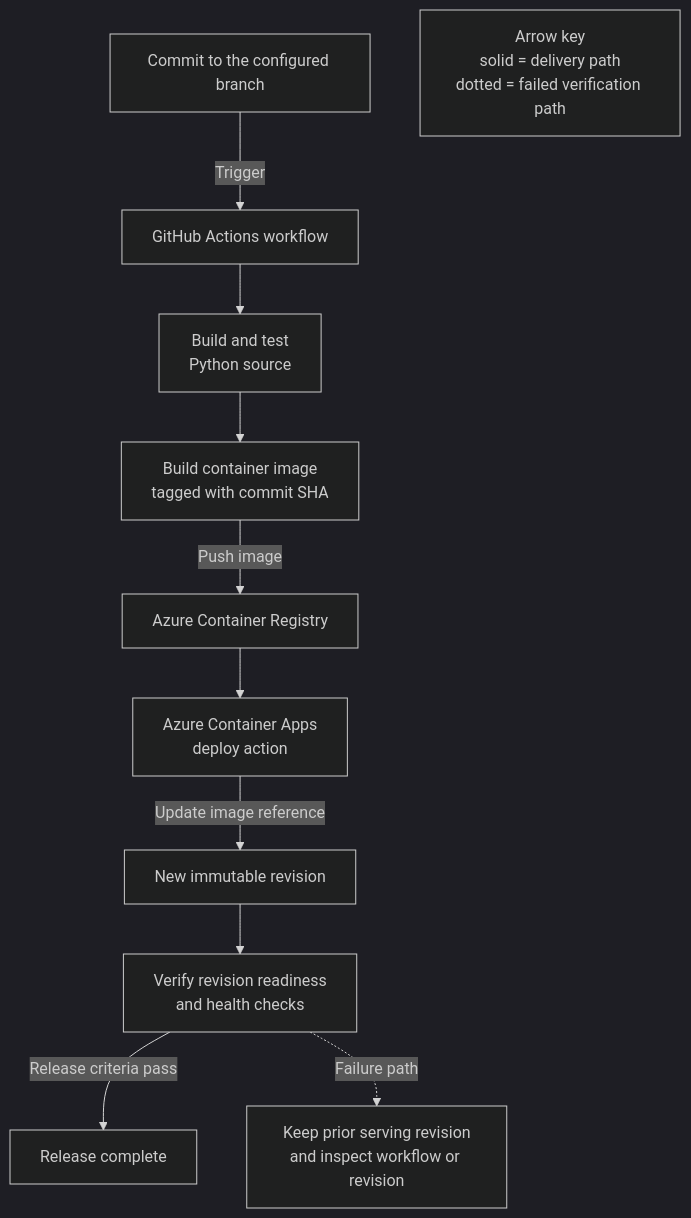
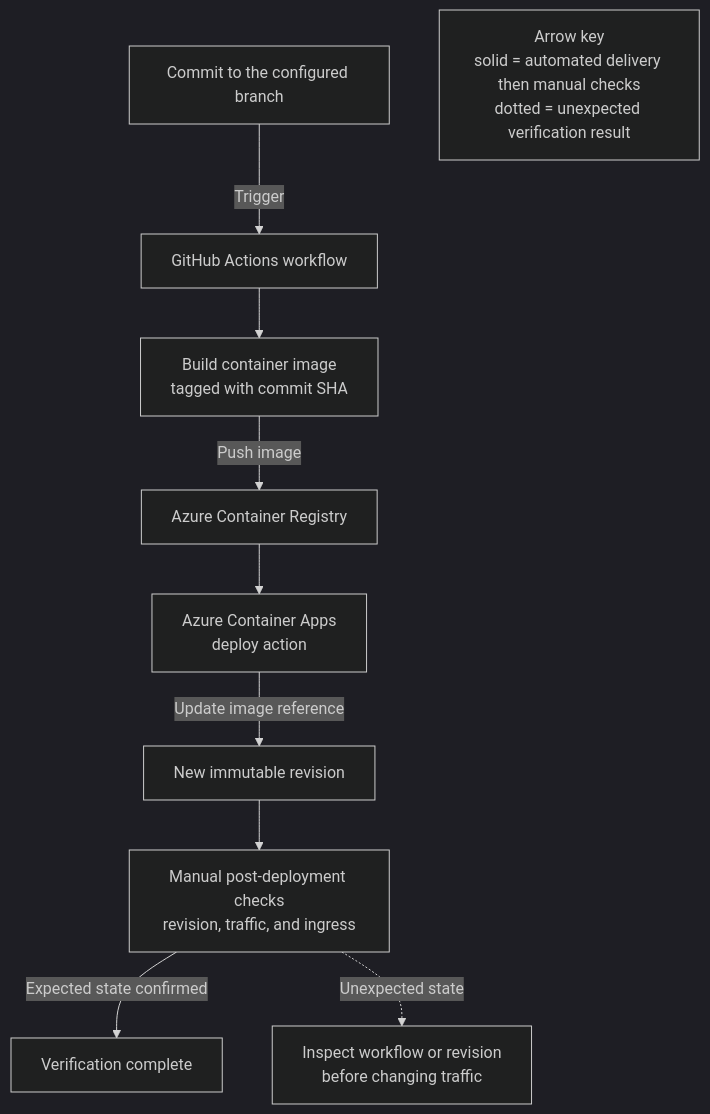
One commit to yeongseon/azure-container-apps-practical-guide changed the second of 2 diagrams in docs/language-guides/python/tutorial/06-ci-cd.md. Above: the diagram before and after it, drawn with Mermaid (dark theme). The commit also changed other lines of this file and 8 other files, not shown here.

Commit message:
docs(diagrams): address tutorial review feedback

````diff
--- a/docs/language-guides/python/tutorial/06-ci-cd.md
+++ b/docs/language-guides/python/tutorial/06-ci-cd.md
@@ -91,28 +91,26 @@
 ```mermaid
 flowchart TD
     accTitle: GitHub Actions delivery flow for the Python container app
-    accDescr: A commit starts a workflow that tests the Python source, builds an immutable container image, pushes it to Azure Container Registry, updates the container app, and verifies the new revision before release completion.
+    accDescr: A commit starts a workflow that builds a commit-tagged container image, pushes it to Azure Container Registry, and updates the container app. Pre-deployment tests are not included, while revision health, traffic, and ingress are verified manually after deployment.
 
     COMMIT["Commit to the configured branch"]
     WORKFLOW["GitHub Actions workflow"]
-    TEST["Build and test<br/>Python source"]
     IMAGE["Build container image<br/>tagged with commit SHA"]
     ACR["Azure Container Registry"]
     DEPLOY["Azure Container Apps<br/>deploy action"]
     REVISION["New immutable revision"]
-    VERIFY["Verify revision readiness<br/>and health checks"]
-    COMPLETE["Release complete"]
-    INVESTIGATE["Keep prior serving revision<br/>and inspect workflow or revision"]
+    VERIFY["Manual post-deployment checks<br/>revision, traffic, and ingress"]
+    COMPLETE["Verification complete"]
+    INVESTIGATE["Inspect workflow or revision<br/>before changing traffic"]
 
     COMMIT -->|"Trigger"| WORKFLOW
-    WORKFLOW --> TEST
-    TEST --> IMAGE
+    WORKFLOW --> IMAGE
     IMAGE -->|"Push image"| ACR
     ACR --> DEPLOY
     DEPLOY -->|"Update image reference"| REVISION
     REVISION --> VERIFY
-    VERIFY -->|"Release criteria pass"| COMPLETE
-    VERIFY -.->|"Failure path"| INVESTIGATE
+    VERIFY -->|"Expected state confirmed"| COMPLETE
+    VERIFY -.->|"Unexpected state"| INVESTIGATE
 
-    LEGEND["Arrow key<br/>solid = delivery path<br/>dotted = failed verification path"]
+    LEGEND["Arrow key<br/>solid = automated delivery then manual checks<br/>dotted = unexpected verification result"]
 ```
````
